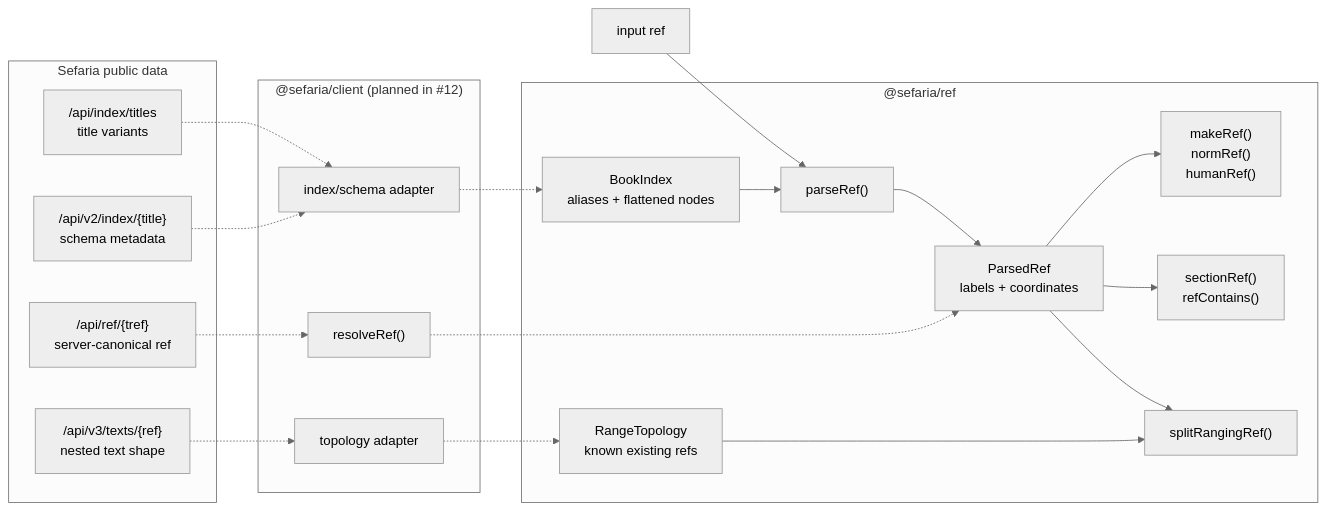
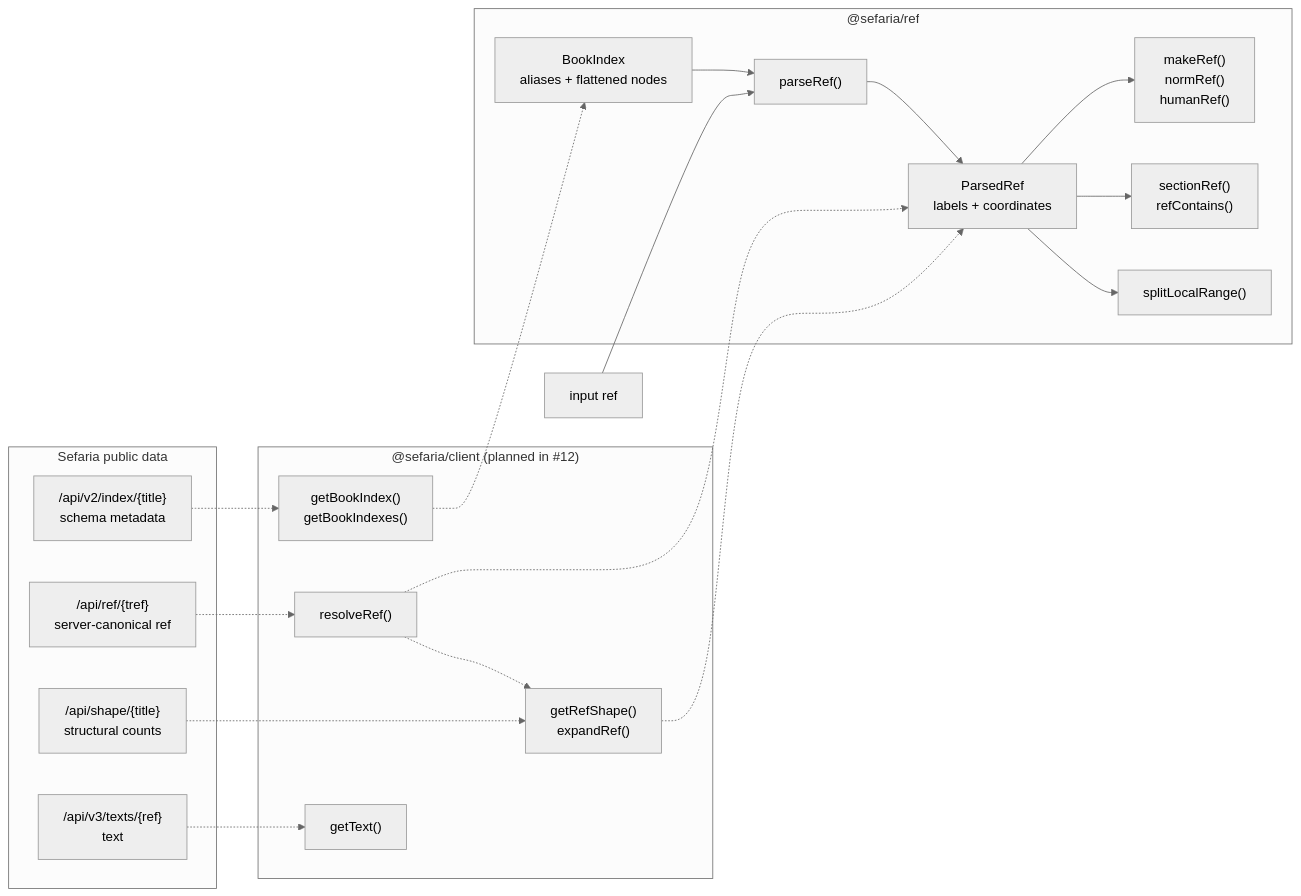
One commit to Arithmomaniac/sefaria-web-components changed the diagram in packages/ref/README.md. Above: the diagram before and after it, drawn with Mermaid (neutral theme). The commit also changed other lines of this file and 11 other files, not shown here.

````diff
--- a/packages/ref/README.md
+++ b/packages/ref/README.md
@@ -17,40 +17,40 @@
 ```mermaid
 flowchart LR
     subgraph Public["Sefaria public data"]
-        TITLES["/api/index/titles<br/>title variants"]
         INDEX["/api/v2/index/{title}<br/>schema metadata"]
         REFAPI["/api/ref/{tref}<br/>server-canonical ref"]
-        TEXT["/api/v3/texts/{ref}<br/>nested text shape"]
+        SHAPE["/api/shape/{title}<br/>structural counts"]
+        TEXT["/api/v3/texts/{ref}<br/>text"]
     end
 
     subgraph Client["@sefaria/client (planned in #12)"]
-        ADAPT["index/schema adapter"]
+        BOOKS["getBookIndex()<br/>getBookIndexes()"]
         RESOLVE["resolveRef()"]
-        TOPOLOGY["topology adapter"]
+        EXPAND["getRefShape()<br/>expandRef()"]
+        GETTEXT["getText()"]
     end
 
     subgraph Ref["@sefaria/ref"]
         BOOKINDEX["BookIndex<br/>aliases + flattened nodes"]
         PARSE["parseRef()"]
         PARSED["ParsedRef<br/>labels + coordinates"]
         FORMAT["makeRef()<br/>normRef()<br/>humanRef()"]
         RELATE["sectionRef()<br/>refContains()"]
-        RANGE["splitRangingRef()"]
-        RT["RangeTopology<br/>known existing refs"]
+        RANGE["splitLocalRange()"]
     end
 
     INPUT["input ref"] --> PARSE
-    TITLES -.-> ADAPT
-    INDEX -.-> ADAPT
-    ADAPT -.-> BOOKINDEX
+    INDEX -.-> BOOKS
+    BOOKS -.-> BOOKINDEX
     BOOKINDEX --> PARSE
     PARSE --> PARSED
     PARSED --> FORMAT
     PARSED --> RELATE
     PARSED --> RANGE
-    TEXT -.-> TOPOLOGY
-    TOPOLOGY -.-> RT
-    RT --> RANGE
     REFAPI -.-> RESOLVE
     RESOLVE -.-> PARSED
+    SHAPE -.-> EXPAND
+    RESOLVE -.-> EXPAND
+    EXPAND -.-> PARSED
+    TEXT -.-> GETTEXT
 ```
````
